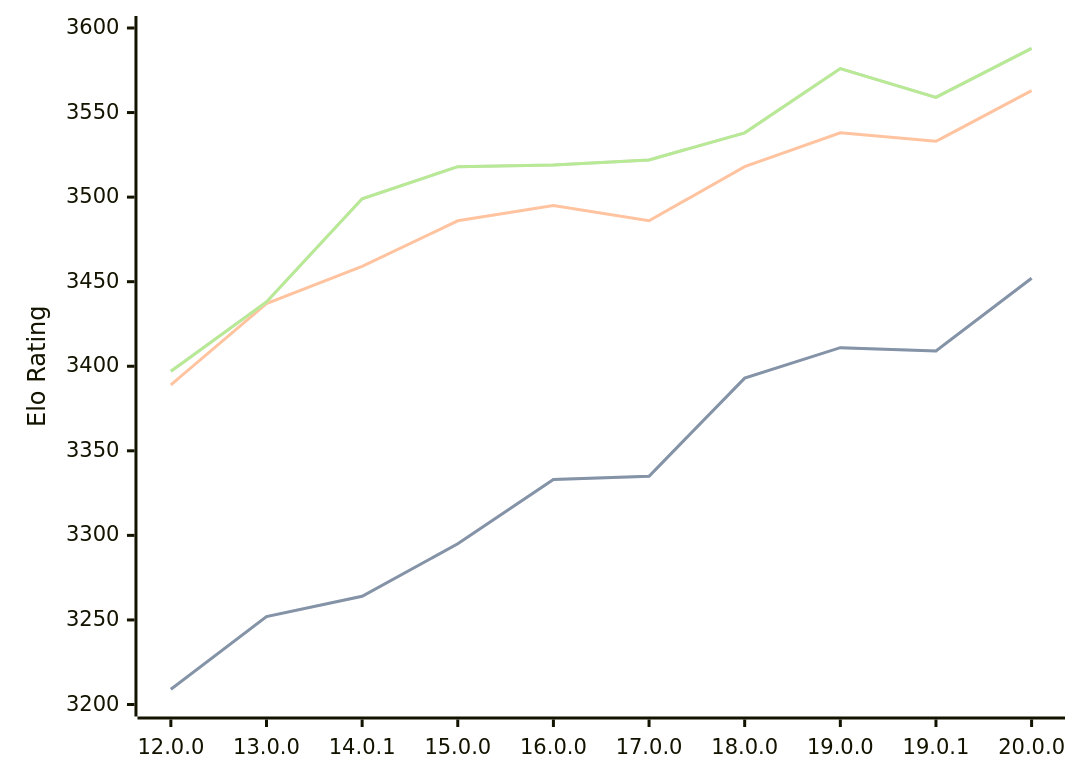
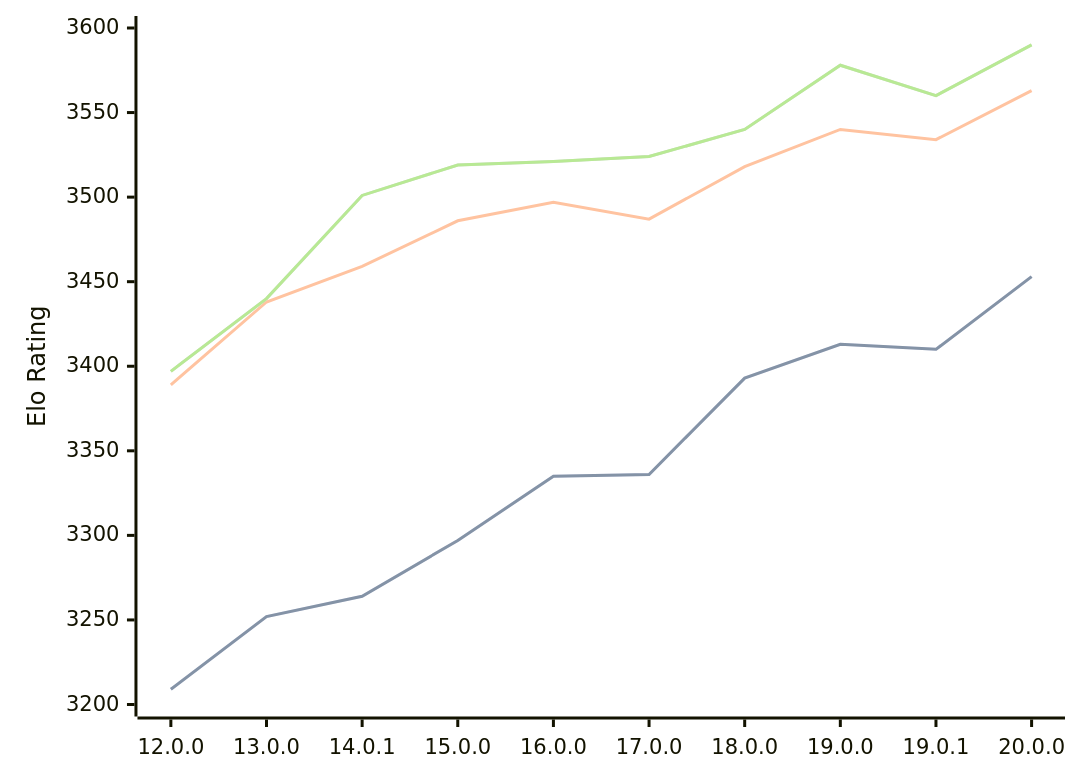
The diagram in engines/Viridithas.md (computer-chess-index/cci), drawn with Mermaid before and after one commit. The commit also changed other lines of this file, not shown here.

Commit message:
Update CCI Ratings (ELO VLTC) - 2026-09-13

````diff
--- a/engines/Viridithas.md
+++ b/engines/Viridithas.md
@@ -40,11 +40,11 @@
 ```mermaid
 %%{init: {"theme":"base","themeVariables":{"seriesColors:['#a3a3a3','#222221','#faa371']}}}%%
 xychart-beta
   x-axis ["12.0.0", "13.0.0", "14.0.1", "15.0.0", "16.0.0", "17.0.0", "18.0.0", "19.0.0", "19.0.1", "20.0.0"]
   y-axis "Elo Rating" 3200 --> 3600
-  line "" [3209, 3252, 3264, 3295, 3333, 3335, 3393, 3411, 3409, 3452]
-  line "STC (8.0+0.08s)" [3209, 3252, 3264, 3295, 3333, 3335, 3393, 3411, 3409, 3452]
-  line "LTC (60.0+0.60s)" [3389, 3437, 3459, 3486, 3495, 3486, 3518, 3538, 3533, 3563]
-  line "" [3397, 3438, 3499, 3518, 3519, 3522, 3538, 3576, 3559, 3588]
-  line "VLTC (2m24s+1.12s)" [3397, 3438, 3499, 3518, 3519, 3522, 3538, 3576, 3559, 3588]
+  line "" [3209, 3252, 3264, 3297, 3335, 3336, 3393, 3413, 3410, 3453]
+  line "STC (8.0+0.08s)" [3209, 3252, 3264, 3297, 3335, 3336, 3393, 3413, 3410, 3453]
+  line "LTC (60.0+0.60s)" [3389, 3438, 3459, 3486, 3497, 3487, 3518, 3540, 3534, 3563]
+  line "" [3397, 3440, 3501, 3519, 3521, 3524, 3540, 3578, 3560, 3590]
+  line "VLTC (2m24s+1.12s)" [3397, 3440, 3501, 3519, 3521, 3524, 3540, 3578, 3560, 3590]
 ```
````
